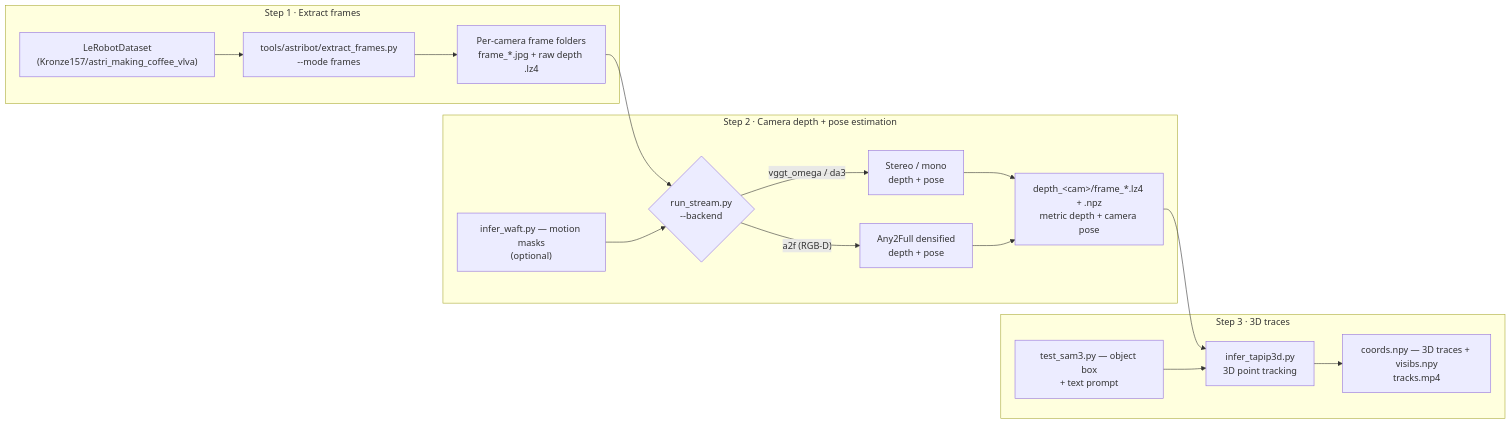
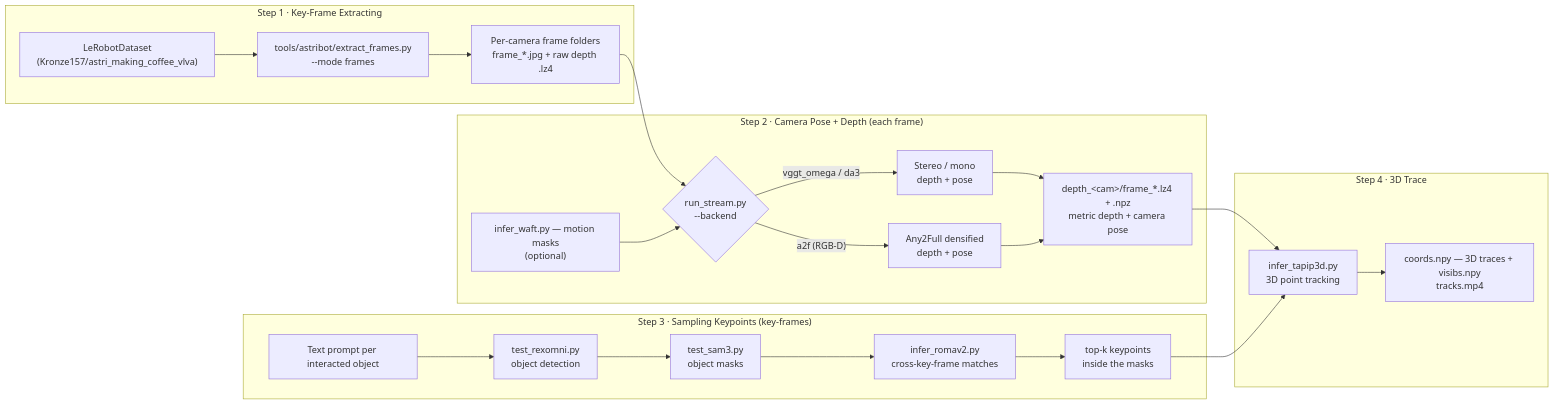
Before and after one commit to Chuong98CC/TraceEngine: the diagram in docs/general_test/general_test.md, drawn with Mermaid. The commit also changed other lines of this file and 3 other files, not shown here.

````diff
--- a/docs/general_test/general_test.md
+++ b/docs/general_test/general_test.md
@@ -16,22 +16,29 @@
 ```mermaid
 flowchart LR
-    subgraph Step1["Step 1 · Extract frames"]
+    subgraph Step1["Step 1 · Key-Frame Extracting"]
         DS["LeRobotDataset<br/>(Kronze157/astri_making_coffee_vlva)"] --> EF["tools/astribot/extract_frames.py<br/>--mode frames"]
         EF --> FR["Per-camera frame folders<br/>frame_*.jpg + raw depth .lz4"]
     end
 
-    subgraph Step2["Step 2 · Camera depth + pose estimation"]
+    subgraph Step2["Step 2 · Camera Pose + Depth (each frame)"]
         FR --> RS{"run_stream.py<br/>--backend"}
         WF["infer_waft.py — motion masks<br/>(optional)"] --> RS
         RS -->|"vggt_omega / da3"| ST["Stereo / mono<br/>depth + pose"]
         RS -->|"a2f (RGB-D)"| A2F["Any2Full densified<br/>depth + pose"]
         ST --> OUT["depth_&lt;cam&gt;/frame_*.lz4 + .npz<br/>metric depth + camera pose"]
         A2F --> OUT
     end
 
-    subgraph Step3["Step 3 · 3D traces"]
+    subgraph Step3["Step 3 · Sampling Keypoints (key-frames)"]
+        TX["Text prompt per interacted object"] --> RX["test_rexomni.py<br/>object detection"]
+        RX --> SM["test_sam3.py<br/>object masks"]
+        SM --> RM["infer_romav2.py<br/>cross-key-frame matches"]
+        RM --> TK["top-k keypoints<br/>inside the masks"]
+    end
+
+    subgraph Step4["Step 4 · 3D Trace"]
         OUT --> TP["infer_tapip3d.py<br/>3D point tracking"]
-        SG["test_sam3.py — object box<br/>+ text prompt"] --> TP
+        TK --> TP
         TP --> TR["coords.npy — 3D traces + visibs.npy<br/>tracks.mp4"]
     end
 ```
````
